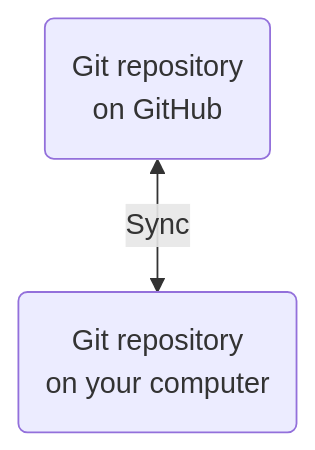
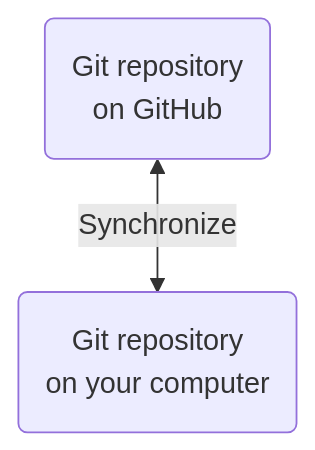
One commit to rostools/github-intro changed the diagram in includes/_github-basics.qmd. Above: the diagram before and after it, drawn with Mermaid. The commit also changed other lines of this file and 5 other files, not shown here.

````diff
--- a/includes/_github-basics.qmd
+++ b/includes/_github-basics.qmd
@@ -41,7 +42,7 @@
 ```{mermaid}
 %%| label: fig-git-sync-github
 %%| fig-cap: "How Git and GitHub can work together by synchronising changes between GitHub and your computer."
 %%| fig-alt: "A diagram showing two boxes, one of a Git repository on your computer and another of a Git repository on GitHub, along with an arrow between each box showing them synchronise between both."
 graph
-  github(Git repository<br>on GitHub) <-- Sync --> git(Git repository<br>on your computer)
+  github(Git repository<br>on GitHub) <-- Synchronize --> git(Git repository<br>on your computer)
 ```
````
